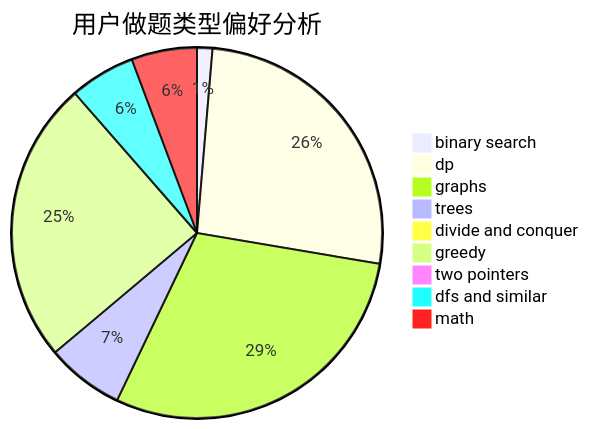
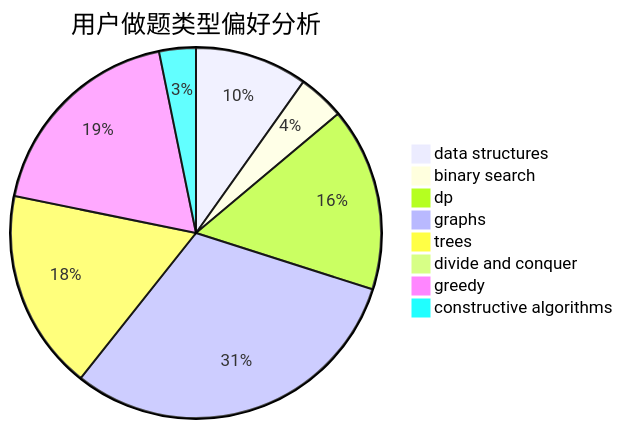
The second of 3 diagrams in docs/user/u968.md (sherpahu/cfrs.github.io), drawn with Mermaid before and after one commit. The commit also changed other lines of this file and 2775 other files, not shown here.

````diff
--- a/docs/user/u968.md
+++ b/docs/user/u968.md
@@ -23,12 +23,11 @@
 ```mermaid
 pie title 用户做题类型偏好分析
+    "data structures" :  46
     "binary search" :  19
-    "dp" :  373
-    "graphs" :  417
-    "trees" :  96
+    "dp" :  75
+    "graphs" :  144
+    "trees" :  82
     "divide and conquer" :  0
-    "greedy" :  350
-    "two pointers" :  3
-    "dfs and similar" :  81
-    "math" :  81
+    "greedy" :  87
+    "constructive algorithms" :  15
 ```
````
